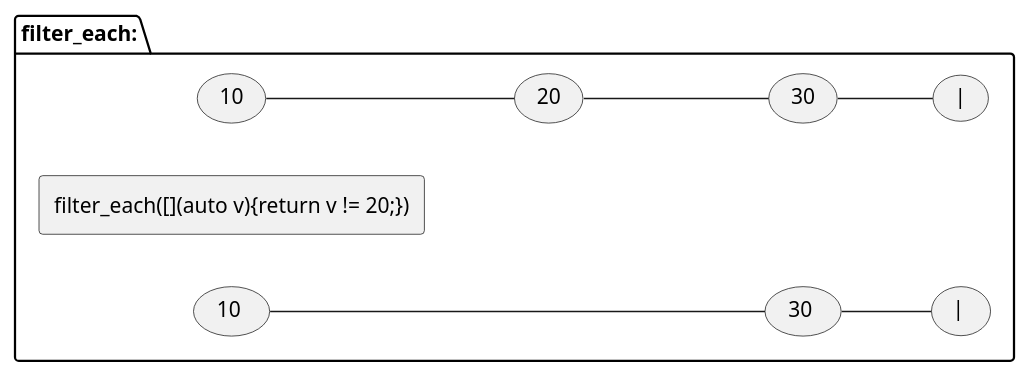
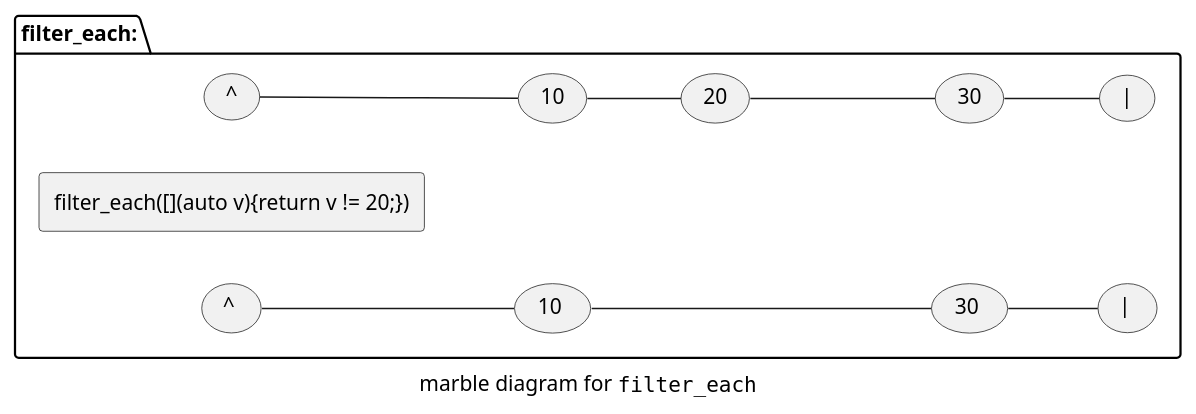
The seventh of 16 diagrams in sequences.md (kirkshoop/sequence-next), drawn with PlantUML before and after one commit. The commit also changed other lines of this file, not shown here.

Commit message:
more diagrams and algorithm descriptions

````diff
--- a/sequences.md
+++ b/sequences.md
@@ -452,11 +465,14 @@
 ```plantuml
+caption marble diagram for ""filter_each""
 left to right direction
 package filter_each: {
+(^) -- (10)
 (10) -- (20)
 (20) --- (30)
 (30) -- (|)
 rectangle ""filter_each([](auto v){return v != 20;})""
+(^ ) -- (10 )
 (10 ) ---- (30 )
 (30 ) -- (| )
 }
 ```
````
